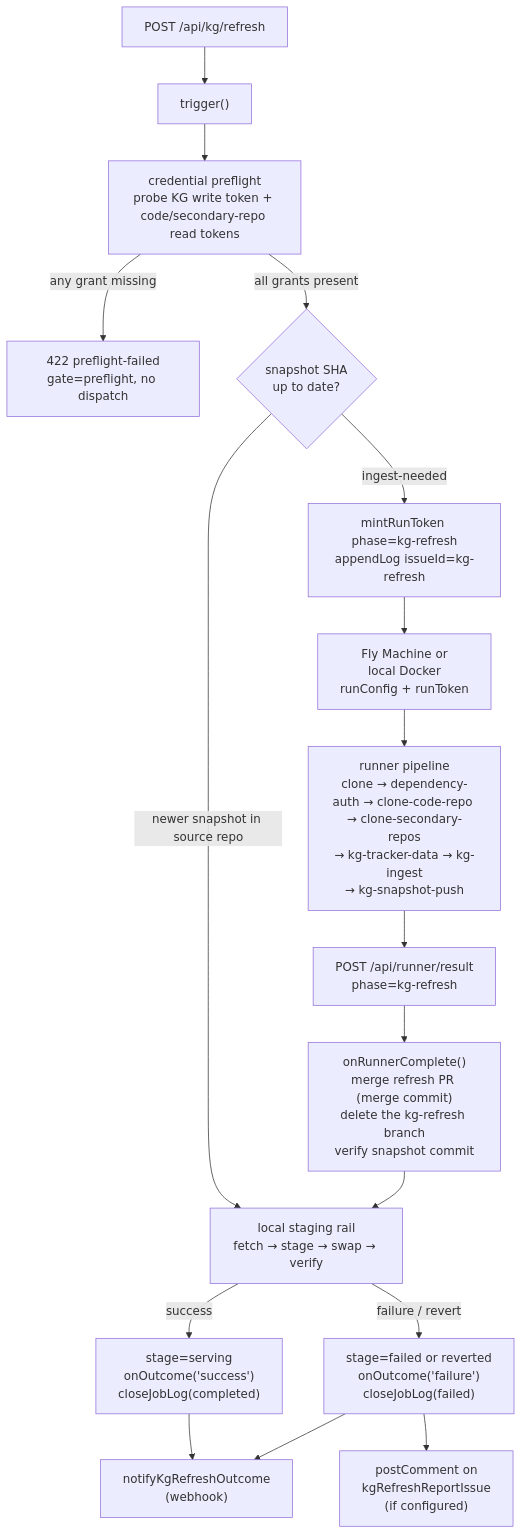
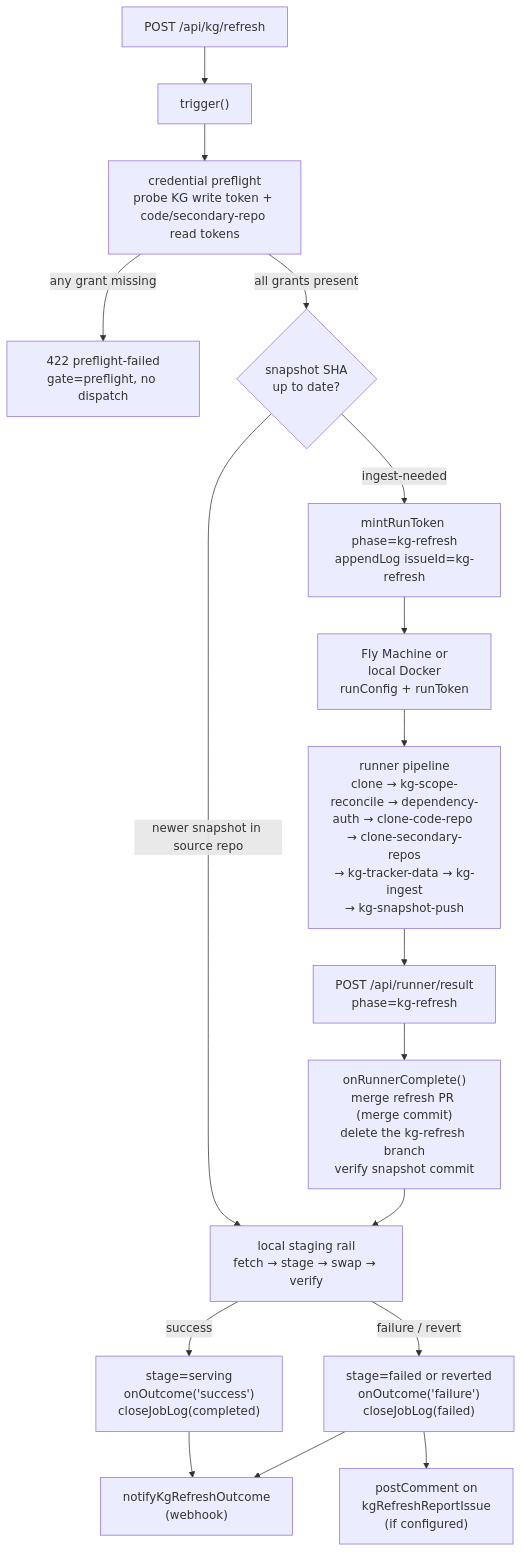
One commit to BuildDownAI/AI-Implement changed the diagram in docs/issueless-runs.md. Above: the diagram before and after it, drawn with Mermaid. The commit also changed other lines of this file and 2 other files, not shown here.

Commit message:
AII-607: kg-refresh rail: kg-scope-reconcile step adds the orchestrator's mapped repos and teams to sources.yml on the r

````diff
--- a/docs/issueless-runs.md
+++ b/docs/issueless-runs.md
@@ -25,19 +25,19 @@
 ```mermaid
 flowchart TD
     A["POST /api/kg/refresh"] --> B["trigger()"]
     B --> PF["credential preflight\nprobe KG write token + code/secondary-repo read tokens"]
     PF -->|"any grant missing"| PFF["422 preflight-failed\ngate=preflight, no dispatch"]
     PF -->|"all grants present"| C{"snapshot SHA\nup to date?"}
     C -->|"newer snapshot in source repo"| H["local staging rail\nfetch → stage → swap → verify"]
     C -->|"ingest-needed"| D["mintRunToken phase=kg-refresh\nappendLog issueId=kg-refresh"]
     D --> E["Fly Machine or\nlocal Docker\nrunConfig + runToken"]
-    E --> F["runner pipeline\nclone → dependency-auth → clone-code-repo → clone-secondary-repos\n→ kg-tracker-data → kg-ingest\n→ kg-snapshot-push"]
+    E --> F["runner pipeline\nclone → kg-scope-reconcile → dependency-auth → clone-code-repo → clone-secondary-repos\n→ kg-tracker-data → kg-ingest\n→ kg-snapshot-push"]
     F --> G["POST /api/runner/result\nphase=kg-refresh"]
     G --> I["onRunnerComplete()\nmerge refresh PR (merge commit)\ndelete the kg-refresh branch\nverify snapshot commit"]
     I --> H
     H -->|"success"| J["stage=serving\nonOutcome('success')\ncloseJobLog(completed)"]
     H -->|"failure / revert"| K["stage=failed or reverted\nonOutcome('failure')\ncloseJobLog(failed)"]
     J --> L["notifyKgRefreshOutcome\n(webhook)"]
     K --> L
     K --> M["postComment on\nkgRefreshReportIssue\n(if configured)"]
 ```
````
